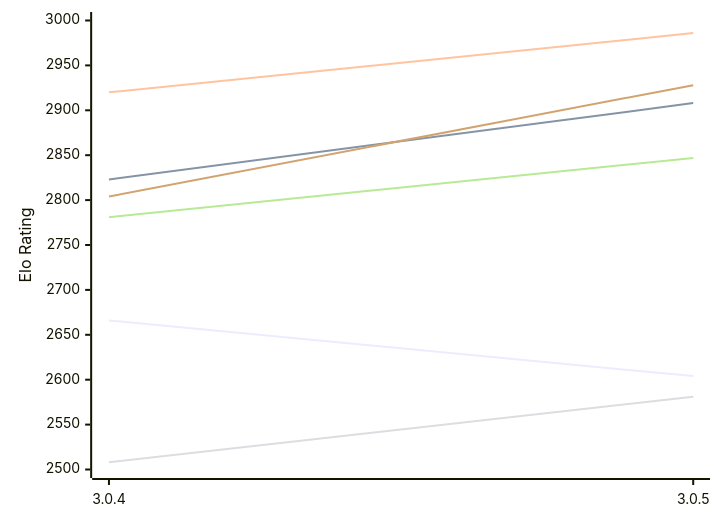
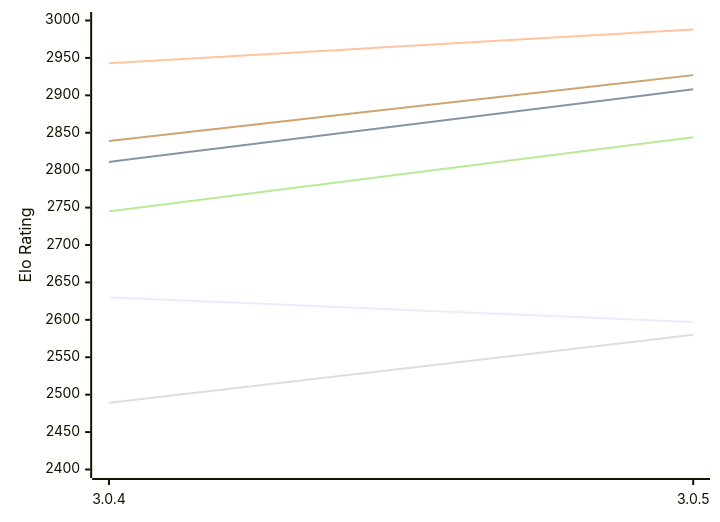
Before and after one commit to computer-chess-index/cci: the first of 2 diagrams in engines/Rudim.md, drawn with Mermaid. The commit also changed other lines of this file, not shown here.

Commit message:
Update CCI Ratings (ELO VLTC) - 2026-11-15

````diff
--- a/engines/Rudim.md
+++ b/engines/Rudim.md
@@ -59,12 +59,12 @@
 ```mermaid
 %%{init: {"theme":"base","themeVariables":{"seriesColors:['#a3a3a3','#222221','#faa371']}}}%%
 xychart-beta
   x-axis ["3.0.4", "3.0.5"]
-  y-axis "Elo Rating" 2500 --> 3000
-  line "E1: STC (8.0+0.08s)" [2666, 2604]
-  line "E1: LTC (60.0+0.60s)" [2823, 2908]
-  line "E1: VLTC (2m24s+1.12s)" [2920, 2986]
-  line "P1: STC (8.0+0.08s)" [2508, 2581]
-  line "P1: LTC (60.0+0.60s)" [2781, 2847]
-  line "P1: VLTC (2m24s+1.12s)" [2804, 2928]
+  y-axis "Elo Rating" 2400 --> 3000
+  line "E1: STC (8.0+0.08s)" [2630, 2597]
+  line "E1: LTC (60.0+0.60s)" [2811, 2908]
+  line "E1: VLTC (2m24s+1.12s)" [2943, 2988]
+  line "P1: STC (8.0+0.08s)" [2489, 2580]
+  line "P1: LTC (60.0+0.60s)" [2745, 2844]
+  line "P1: VLTC (2m24s+1.12s)" [2839, 2927]
 ```
````
